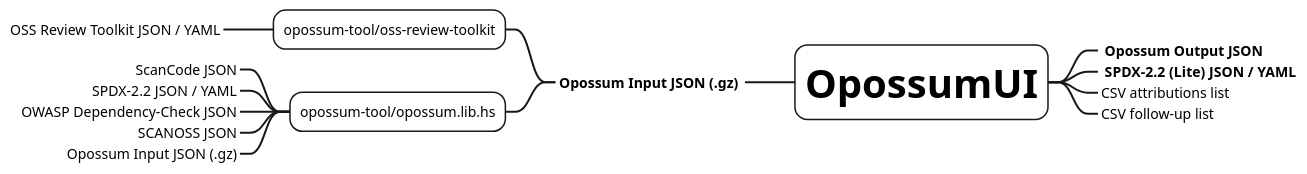
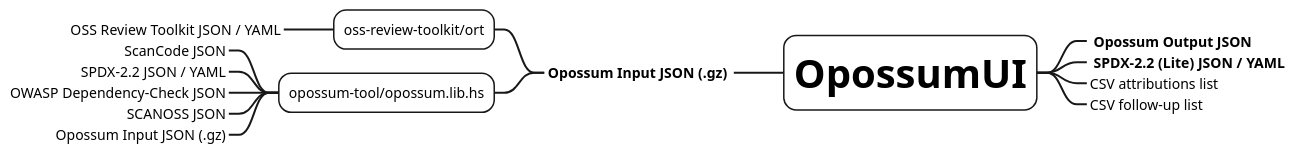
One commit to opossum-tool/OpossumUI changed the diagram in docs/integration.puml. Above: the diagram before and after it, drawn with PlantUML. The commit also changed 1 other file, not shown here.

```diff
--- a/docs/integration.puml
+++ b/docs/integration.puml
@@ -1,42 +1,42 @@
 @startmindmap
 <style>
 mindmapDiagram {
   node {
     BackgroundColor white
     ' Shadowing 0.0
   }
   arrow {
     ' LineStyle 4
     LineThickness 2
     ' LineColor green
   }
   :depth(0) {
     FontSize 40
   }
   :depth(1) {
       BackGroundColor white
   }
   ' boxless {
   '   FontColor darkgreen
   ' }
   .todo {
     FontColor gray
   }
 }
 </style>
 * <b>OpossumUI</b>
 --_ <b> Opossum Input JSON (.gz) </b>
---- opossum-tool/oss-review-toolkit
+--- oss-review-toolkit/ort
 ----_ OSS Review Toolkit JSON / YAML
 --- opossum-tool/opossum.lib.hs
 ----_ ScanCode JSON
 ----_ SPDX-2.2 JSON / YAML
 ----_ OWASP Dependency-Check JSON
 ----_ SCANOSS JSON
 ----_ Opossum Input JSON (.gz)
 ' --_ SPDX-2.2 JSON / YAML <<todo>>
 ++_ <b> Opossum Output JSON </b>
 ++_ <b> SPDX-2.2 (Lite) JSON / YAML </b>
 ++_ CSV attributions list
 ++_ CSV follow-up list
 @endmindmap
```
